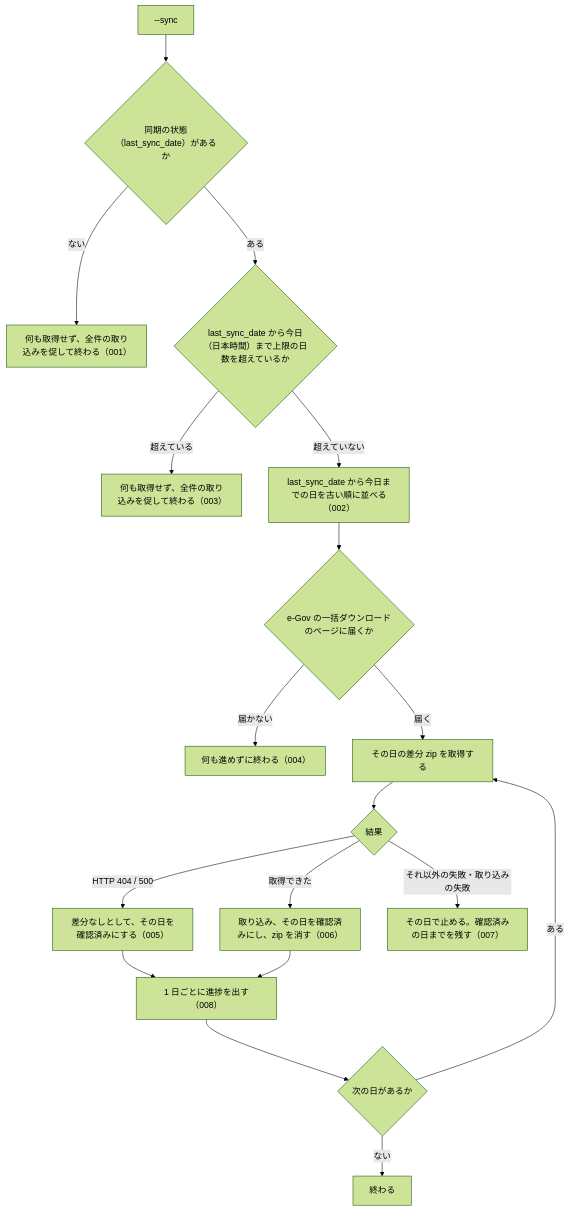
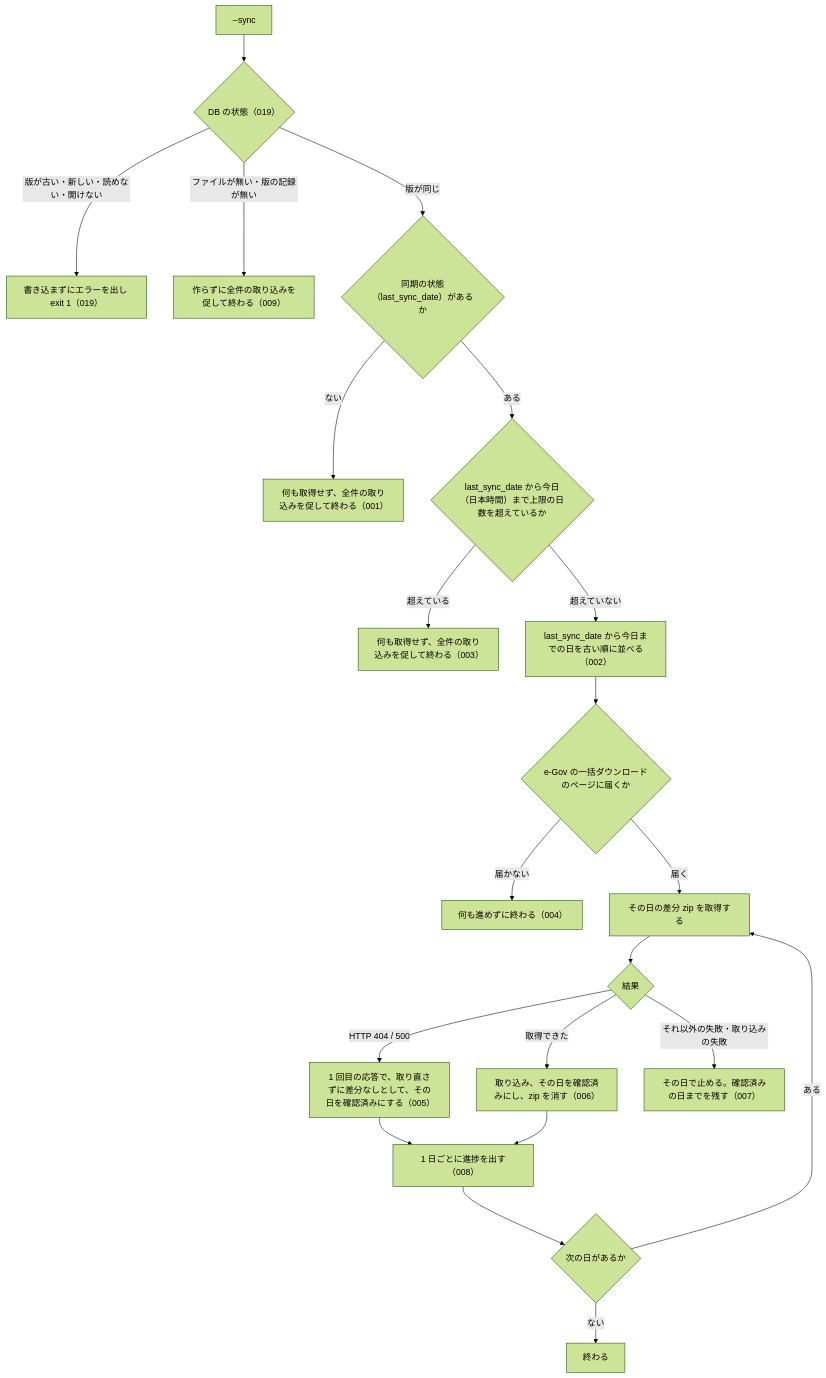
The diagram in specs/current/cli_sync/spec.md (shuji-bonji/houki-egov-mcp), drawn with Mermaid (forest theme) before and after one commit. The commit also changed other lines of this file and 17 other files, not shown here.

````diff
--- a/specs/current/cli_sync/spec.md
+++ b/specs/current/cli_sync/spec.md
@@ -29,20 +29,23 @@
 ```mermaid
 flowchart TD
-  A["--sync"] --> B{"同期の状態（last_sync_date）があるか"}
+  A["--sync"] --> V{"DB の状態（019）"}
+  V -- "版が古い・新しい・読めない・開けない" --> E0["書き込まずにエラーを出し exit 1（019）"]
+  V -- "ファイルが無い・版の記録が無い" --> E1N["作らずに全件の取り込みを促して終わる（009）"]
+  V -- "版が同じ" --> B{"同期の状態（last_sync_date）があるか"}
   B -- ない --> E1["何も取得せず、全件の取り込みを促して終わる（001）"]
   B -- ある --> C{"last_sync_date から今日（日本時間）まで上限の日数を超えているか"}
   C -- 超えている --> E2["何も取得せず、全件の取り込みを促して終わる（003）"]
   C -- 超えていない --> D["last_sync_date から今日までの日を古い順に並べる（002）"]
   D --> F{"e-Gov の一括ダウンロードのページに届くか"}
   F -- 届かない --> E3["何も進めずに終わる（004）"]
   F -- 届く --> G["その日の差分 zip を取得する"]
   G --> H{"結果"}
-  H -- "HTTP 404 / 500" --> I["差分なしとして、その日を確認済みにする（005）"]
+  H -- "HTTP 404 / 500" --> I["1 回目の応答で、取り直さずに差分なしとして、その日を確認済みにする（005）"]
   H -- 取得できた --> J["取り込み、その日を確認済みにし、zip を消す（006）"]
   H -- "それ以外の失敗・取り込みの失敗" --> K["その日で止める。確認済みの日までを残す（007）"]
   I --> P["1 日ごとに進捗を出す（008）"]
   J --> P
   P --> Q{"次の日があるか"}
   Q -- ある --> G
   Q -- ない --> Z["終わる"]
 ```
````
